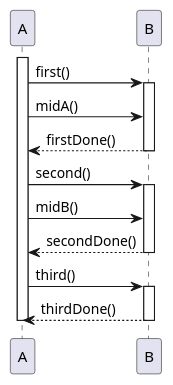
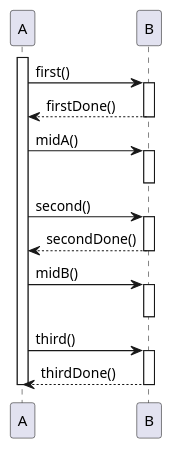
One commit to SuperPyonchiX/NextDesign_Script changed the diagram in SequenceImportProbe/samples/structure-mix-two-inserts-after.puml. Above: the diagram before and after it, drawn with PlantUML. The commit also changed 15 other files, not shown here.

```diff
--- a/SequenceImportProbe/samples/structure-mix-two-inserts-after.puml
+++ b/SequenceImportProbe/samples/structure-mix-two-inserts-after.puml
@@ -1,20 +1,24 @@
 @startuml
 participant A
 participant B
 activate A
 A -> B : first()
 activate B
+B --> A : firstDone()
+deactivate B
 A -> B : midA()
-B --> A : firstDone()
+activate B
 deactivate B
 A -> B : second()
 activate B
+B --> A : secondDone()
+deactivate B
 A -> B : midB()
-B --> A : secondDone()
+activate B
 deactivate B
 A -> B : third()
 activate B
 B --> A : thirdDone()
 deactivate B
 deactivate A
 @enduml
```
